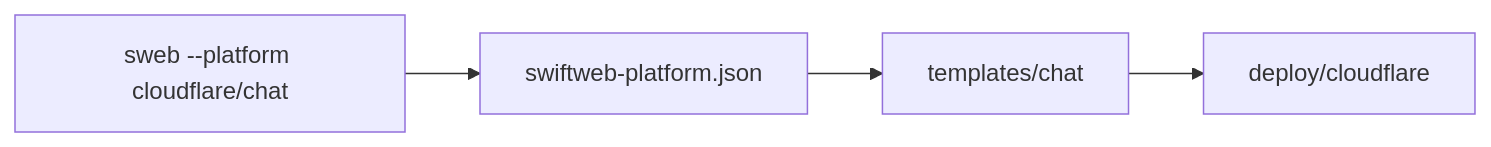
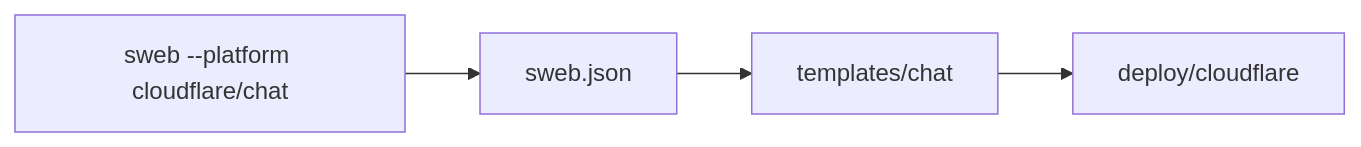
Before and after one commit to 1amageek/swift-web-cloudflare: the diagram in README.md, drawn with Mermaid. The commit also changed other lines of this file and 1 other file, not shown here.

Commit message:
Rename adapter manifest to sweb.json

````diff
--- a/README.md
+++ b/README.md
@@ -8,6 +8,6 @@
 ```mermaid
 flowchart LR
-  A["sweb --platform cloudflare/chat"] --> B["swiftweb-platform.json"]
+  A["sweb --platform cloudflare/chat"] --> B["sweb.json"]
   B --> C["templates/chat"]
   C --> D["deploy/cloudflare"]
 ```
````
